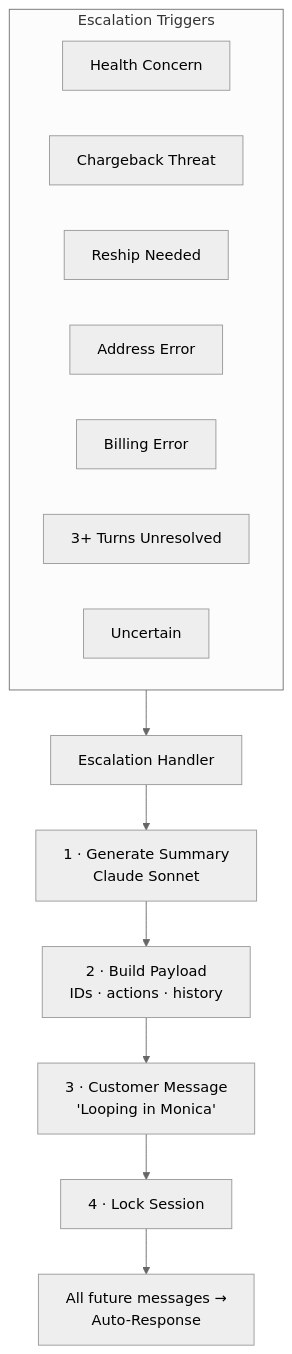
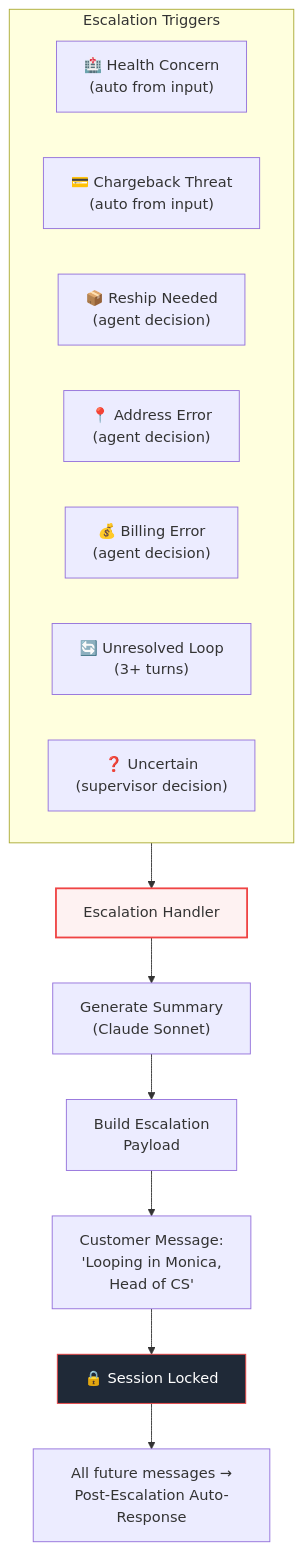
One commit to EminDurmuSS/lookfor-hackathon changed diagram 11 of 14 in README.md. Above: the diagram before and after it, drawn with Mermaid. The commit also changed other lines of this file, not shown here.

````diff
--- a/README.md
+++ b/README.md
@@ -546,21 +594,23 @@
 ```mermaid
-%%{init: {'theme': 'neutral'}}%%
 flowchart TD
     subgraph TRIGGERS["Escalation Triggers"]
-        T1["Health Concern"]
-        T2["Chargeback Threat"]
-        T3["Reship Needed"]
-        T4["Address Error"]
-        T5["Billing Error"]
-        T6["3+ Turns Unresolved"]
-        T7["Uncertain"]
+        T1["🏥 Health Concern<br/>(auto from input)"]
+        T2["💳 Chargeback Threat<br/>(auto from input)"]
+        T3["📦 Reship Needed<br/>(agent decision)"]
+        T4["📍 Address Error<br/>(agent decision)"]
+        T5["💰 Billing Error<br/>(agent decision)"]
+        T6["🔄 Unresolved Loop<br/>(3+ turns)"]
+        T7["❓ Uncertain<br/>(supervisor decision)"]
     end
 
     TRIGGERS --> ESC["Escalation Handler"]
 
-    ESC --> S1["1 · Generate Summary<br/>Claude Sonnet"]
-    S1 --> S2["2 · Build Payload<br/>IDs · actions · history"]
-    S2 --> S3["3 · Customer Message<br/>'Looping in Monica'"]
-    S3 --> S4["4 · Lock Session"]
-    S4 --> S5["All future messages →<br/>Auto-Response"]
+    ESC --> SUMMARY["Generate Summary<br/>(Claude Sonnet)"]
+    SUMMARY --> PAYLOAD["Build Escalation<br/>Payload"]
+    PAYLOAD --> MSG["Customer Message:<br/>'Looping in Monica,<br/>Head of CS'"]
+    MSG --> LOCK["🔒 Session Locked"]
+    LOCK --> POST["All future messages →<br/>Post-Escalation Auto-Response"]
+
+    style ESC fill:#fef2f2,stroke:#ef4444,stroke-width:2px
+    style LOCK fill:#1f2937,stroke:#ef4444,color:#fff
 ```
````
